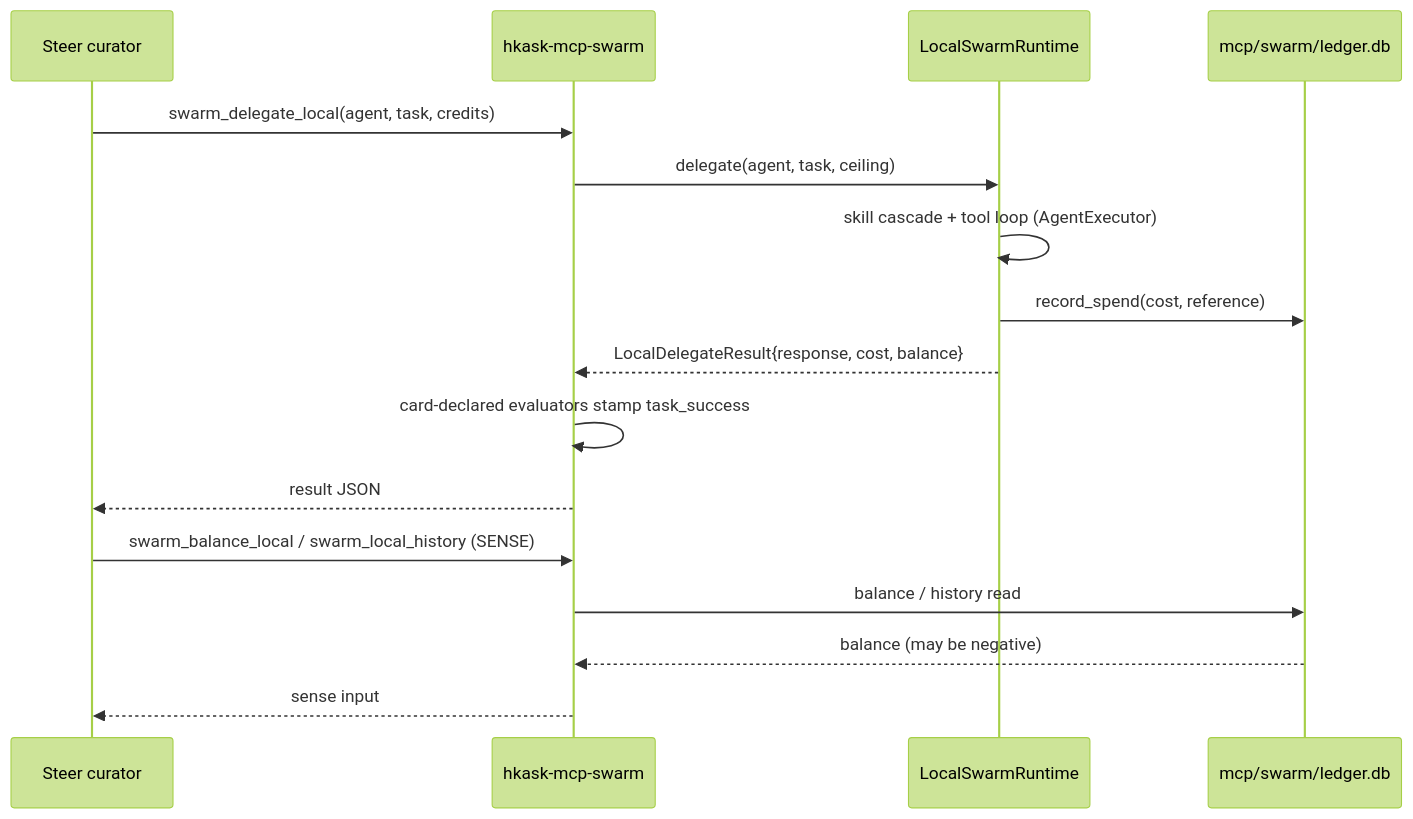
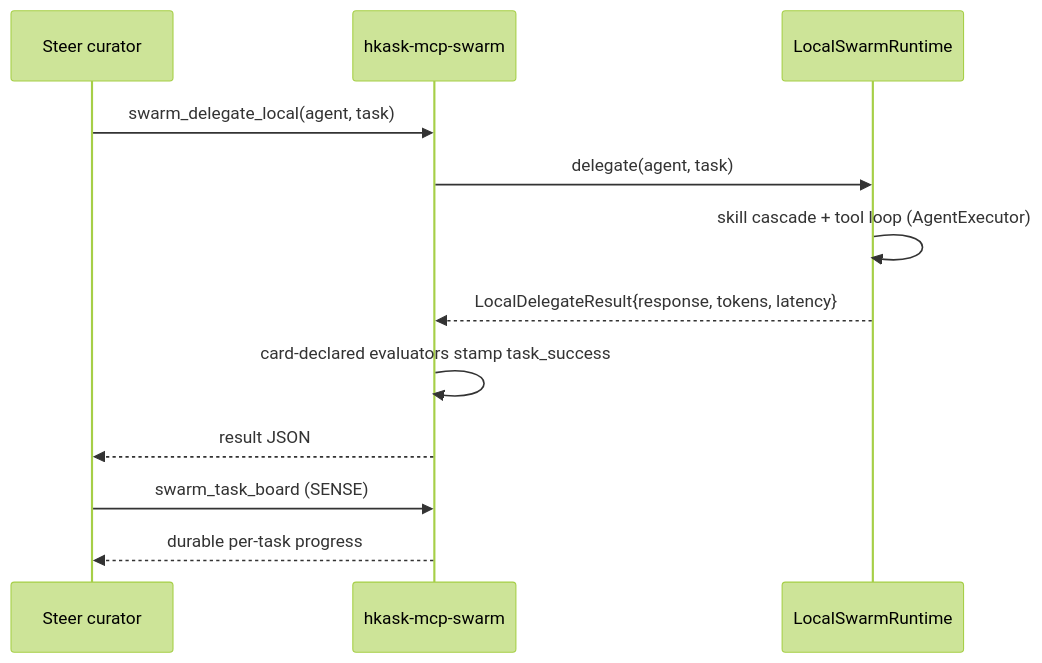
The third of 3 diagrams in kask/docs/diataxis/swarm_system/tutorial.md (mdz-axo/zed-kask), drawn with Mermaid (forest theme) before and after one commit. The commit also changed other lines of this file and 26 other files, not shown here.

````diff
--- a/kask/docs/diataxis/swarm_system/tutorial.md
+++ b/kask/docs/diataxis/swarm_system/tutorial.md
@@ -155,18 +156,14 @@
 ```mermaid
 sequenceDiagram
     participant Curator as Steer curator
     participant Server as hkask-mcp-swarm
     participant Runtime as LocalSwarmRuntime
-    participant Ledger as mcp/swarm/ledger.db
-    Curator->>Server: swarm_delegate_local(agent, task, credits)
-    Server->>Runtime: delegate(agent, task, ceiling)
+    Curator->>Server: swarm_delegate_local(agent, task)
+    Server->>Runtime: delegate(agent, task)
     Runtime->>Runtime: skill cascade + tool loop (AgentExecutor)
-    Runtime->>Ledger: record_spend(cost, reference)
-    Runtime-->>Server: LocalDelegateResult{response, cost, balance}
+    Runtime-->>Server: LocalDelegateResult{response, tokens, latency}
     Server->>Server: card-declared evaluators stamp task_success
     Server-->>Curator: result JSON
-    Curator->>Server: swarm_balance_local / swarm_local_history (SENSE)
-    Server->>Ledger: balance / history read
-    Ledger-->>Server: balance (may be negative)
-    Server-->>Curator: sense input
+    Curator->>Server: swarm_task_board (SENSE)
+    Server-->>Curator: durable per-task progress
 ```
````
